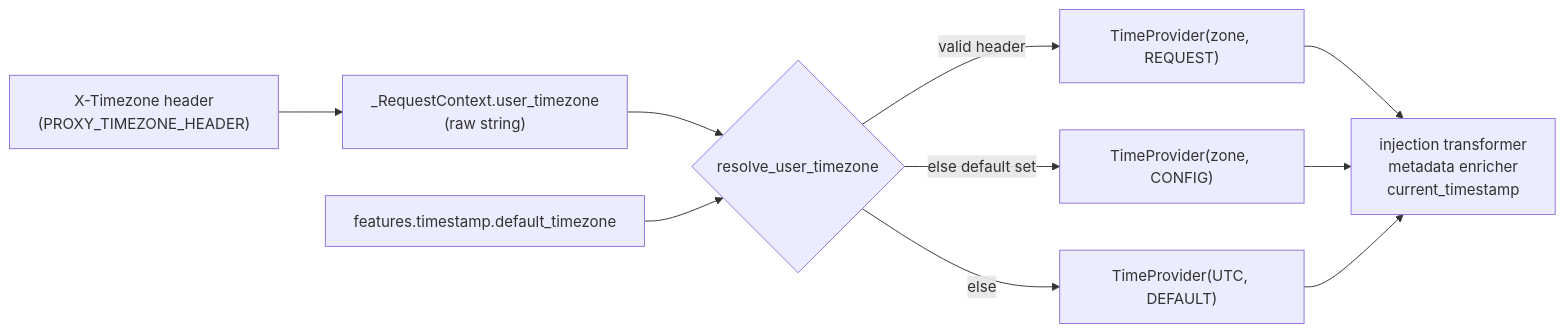
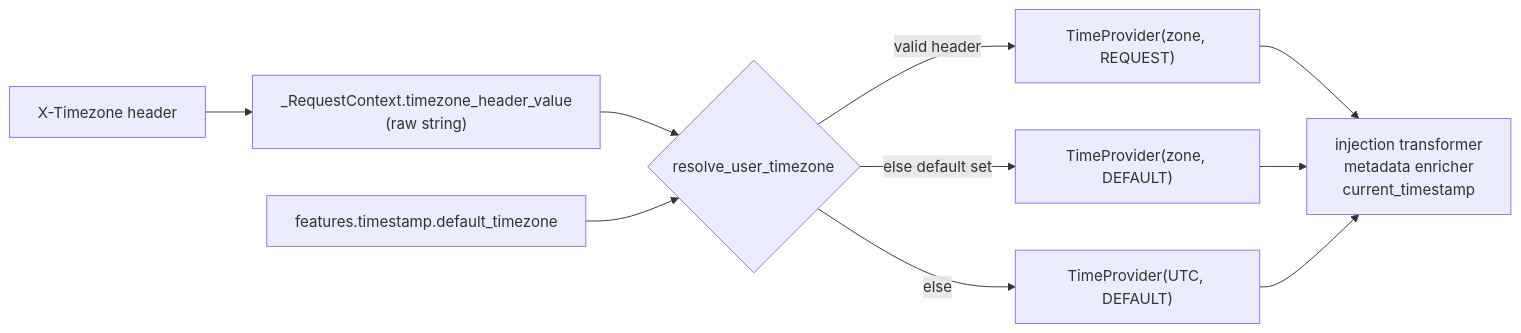
Before and after one commit to epam/ai-dial-quickapps-backend: the diagram in docs/designs/user_timezone.md, drawn with Mermaid. The commit also changed other lines of this file, not shown here.

Commit message:
docs: address user time zone design review round 1 (#649)

````diff
--- a/docs/designs/user_timezone.md
+++ b/docs/designs/user_timezone.md
@@ -91,10 +92,10 @@
 ```mermaid
 flowchart LR
-    H["X-Timezone header<br/>(PROXY_TIMEZONE_HEADER)"] --> C["_RequestContext.user_timezone<br/>(raw string)"]
+    H["X-Timezone header"] --> C["_RequestContext.timezone_header_value<br/>(raw string)"]
     C --> R{"resolve_user_timezone"}
     A["features.timestamp.default_timezone"] --> R
     R -->|"valid header"| P1["TimeProvider(zone, REQUEST)"]
-    R -->|"else default set"| P2["TimeProvider(zone, CONFIG)"]
+    R -->|"else default set"| P2["TimeProvider(zone, DEFAULT)"]
     R -->|"else"| P3["TimeProvider(UTC, DEFAULT)"]
     P1 & P2 & P3 --> T["injection transformer<br/>metadata enricher<br/>current_timestamp"]
 ```
````
